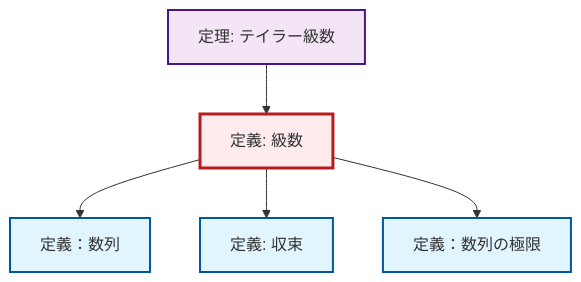
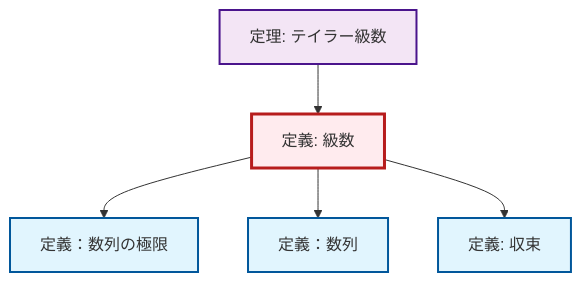
One commit to RK0429/ModernMath changed the diagram in content/ja/analysis/def-series.qmd. Above: the diagram before and after it, drawn with Mermaid. The commit also changed 672 other files, not shown here.

````diff
--- a/content/ja/analysis/def-series.qmd
+++ b/content/ja/analysis/def-series.qmd
@@ -91,23 +91,23 @@
 ```{mermaid}
-%%| fig-cap: "Local dependency graph"
+%%| fig-cap: "ローカル依存関係グラフ"
 graph TD
     classDef definition fill:#e1f5fe,stroke:#01579b,stroke-width:2px
     classDef theorem fill:#f3e5f5,stroke:#4a148c,stroke-width:2px
     classDef axiom fill:#fff3e0,stroke:#e65100,stroke-width:2px
     classDef example fill:#e8f5e9,stroke:#1b5e20,stroke-width:2px
     classDef current fill:#ffebee,stroke:#b71c1c,stroke-width:3px
     def-limit["定義：数列の極限"]:::definition
+    def-convergence["定義: 収束"]:::definition
     def-series["定義: 級数"]:::definition
-    def-convergence["定義: 収束"]:::definition
     def-sequence["定義：数列"]:::definition
     thm-taylor-series["定理: テイラー級数"]:::theorem
+    def-series --> def-limit
+    def-series --> def-sequence
     thm-taylor-series --> def-series
-    def-series --> def-sequence
     def-series --> def-convergence
-    def-series --> def-limit
     class def-series current
     click def-limit "def-limit.html" "定義：数列の極限へ"
     click def-convergence "def-convergence.html" "収束の定義へ"
     click def-sequence "def-sequence.html" "定義：数列へ"
     click thm-taylor-series "thm-taylor-series.html" "テイラー級数の定理へ"
 ```
````
